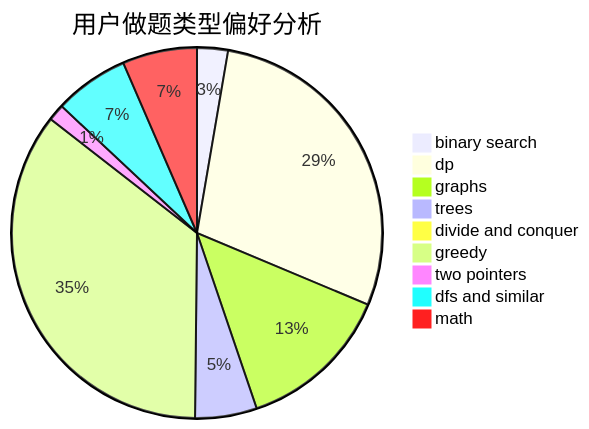
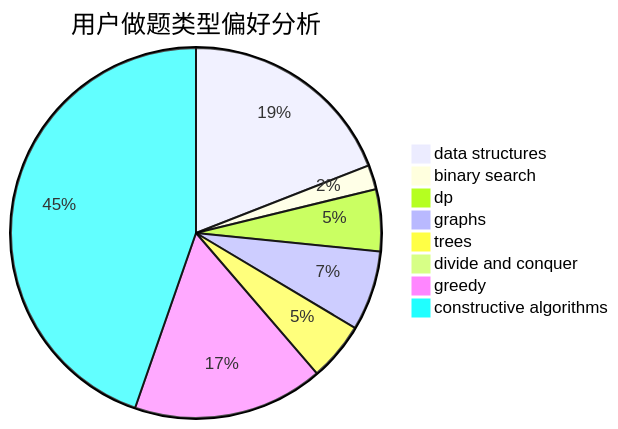
One commit to sherpahu/cfrs.github.io changed the second of 3 diagrams in docs/user/u541.md. Above: the diagram before and after it, drawn with Mermaid. The commit also changed other lines of this file and 2775 other files, not shown here.

````diff
--- a/docs/user/u541.md
+++ b/docs/user/u541.md
@@ -23,12 +23,11 @@
 ```mermaid
 pie title 用户做题类型偏好分析
-    "binary search" :  24
-    "dp" :  255
-    "graphs" :  120
-    "trees" :  48
+    "data structures" :  134
+    "binary search" :  15
+    "dp" :  38
+    "graphs" :  49
+    "trees" :  36
     "divide and conquer" :  1
-    "greedy" :  315
-    "two pointers" :  13
-    "dfs and similar" :  58
-    "math" :  58
+    "greedy" :  117
+    "constructive algorithms" :  314
 ```
````
